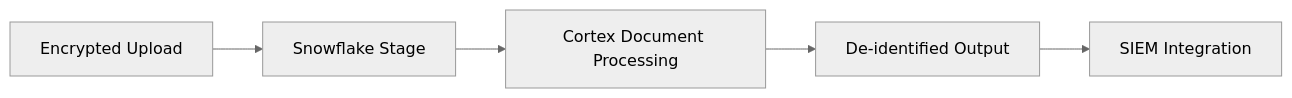
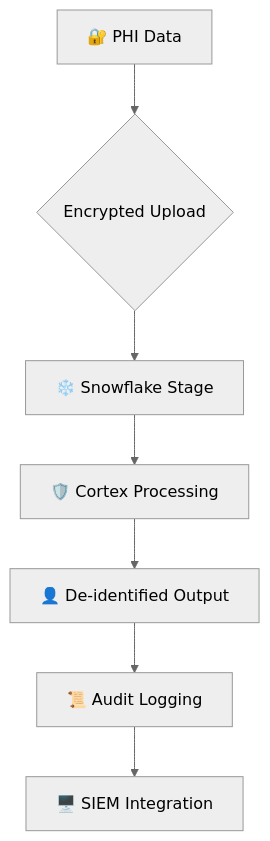
Before and after one commit to FabioVinelli/The-Intaker-AI-Powered-Healthcare-Intake-Assistant: the third of 3 diagrams in README.md, drawn with Mermaid (neutral theme). The commit also changed other lines of this file, not shown here.

````diff
--- a/README.md
+++ b/README.md
@@ -69,7 +78,9 @@
 ```mermaid
-graph LR
-    A[Encrypted Upload] --> B[Snowflake Stage]
-    B --> C[Cortex Document Processing]
-    C --> D[De-identified Output]
-    D --> E[SIEM Integration]
+graph TB
+    A[🔐 PHI Data] --> B{Encrypted Upload}
+    B --> C[❄️ Snowflake Stage]
+    C --> D[🛡️ Cortex Processing]
+    D --> E[👤 De-identified Output]
+    E --> F[📜 Audit Logging]
+    F --> G[🖥️ SIEM Integration]
 ```
````
